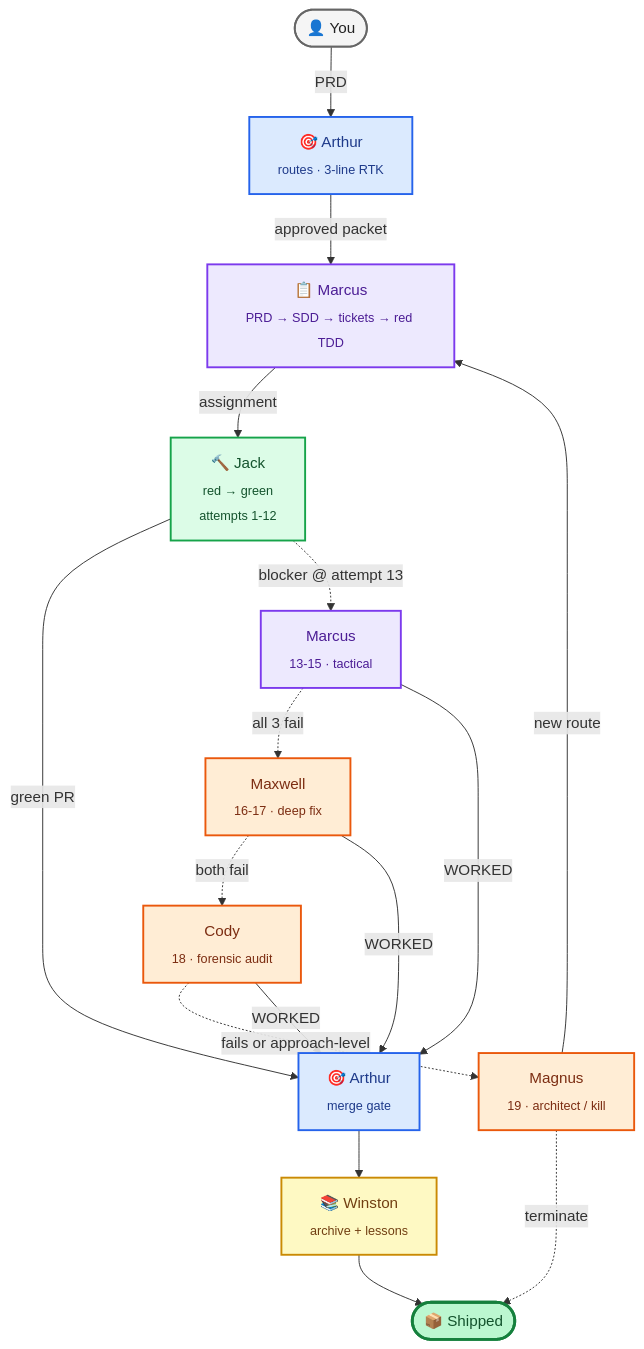
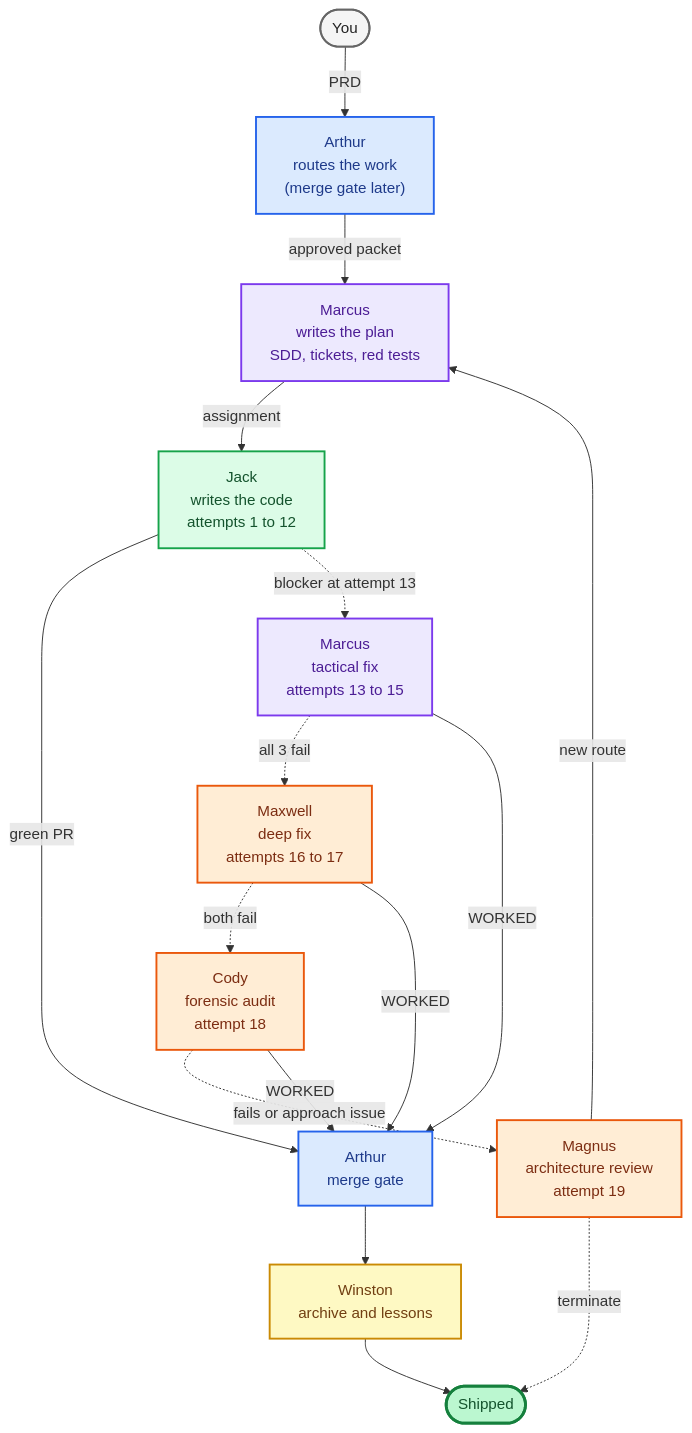
One commit to 5percentdrops/pantheon-mini changed the diagram in README.md. Above: the diagram before and after it, drawn with Mermaid.

Commit message:
docs: fix Mermaid node overflow — drop <sub> HTML and special characters
User: Jack box cut off. Boxes too small to fit text.

Root cause: GitHub's Mermaid renderer doesn't size boxes correctly when node
labels contain HTML `<sub>` tags or unicode arrows like `→`. The `<sub>` tag
was rendered as smaller text but the box sized to the BR-separated line lengths
without accounting for sub-line padding, so labels visibly clipped.

Fixes:
- Removed all `<sub>` tags. Use plain text + <br/> only.
- Replaced `→` with the word "to" (e.g. "attempts 1 to 12") so latin-only text
  width is predictable.
- Replaced `·` middot separators with parentheses or plain commas.
- Dropped emojis from inside node labels (kept the captions outside the diagram).
- Each node label is now 2-3 short lines of plain ASCII; box auto-sizes
  comfortably without clipping.

Colors and class assignments unchanged.

````diff
--- a/README.md
+++ b/README.md
@@ -74,46 +74,46 @@
 ```mermaid
 flowchart TD
-    You([👤 You])
-    Arthur1[🎯 Arthur<br/><sub>routes · 3-line RTK</sub>]
-    Marcus1[📋 Marcus<br/><sub>PRD → SDD → tickets → red TDD</sub>]
-    Jack[🔨 Jack<br/><sub>red → green<br/>attempts 1-12</sub>]
-    Marcus2[Marcus<br/><sub>13-15 · tactical</sub>]
-    Maxwell[Maxwell<br/><sub>16-17 · deep fix</sub>]
-    Cody[Cody<br/><sub>18 · forensic audit</sub>]
-    Magnus[Magnus<br/><sub>19 · architect / kill</sub>]
-    Arthur2[🎯 Arthur<br/><sub>merge gate</sub>]
-    Winston[📚 Winston<br/><sub>archive + lessons</sub>]
-    Done([📦 Shipped])
+    You(["You"])
+    Arthur1["Arthur<br/>routes the work<br/>(merge gate later)"]
+    Marcus1["Marcus<br/>writes the plan<br/>SDD, tickets, red tests"]
+    Jack["Jack<br/>writes the code<br/>attempts 1 to 12"]
+    Marcus2["Marcus<br/>tactical fix<br/>attempts 13 to 15"]
+    Maxwell["Maxwell<br/>deep fix<br/>attempts 16 to 17"]
+    Cody["Cody<br/>forensic audit<br/>attempt 18"]
+    Magnus["Magnus<br/>architecture review<br/>attempt 19"]
+    Arthur2["Arthur<br/>merge gate"]
+    Winston["Winston<br/>archive and lessons"]
+    Done(["Shipped"])
 
     You      -- PRD --> Arthur1
     Arthur1  -- approved packet --> Marcus1
     Marcus1  -- assignment --> Jack
     Jack     -- green PR --> Arthur2
-    Jack     -. blocker @ attempt 13 .-> Marcus2
+    Jack     -. blocker at attempt 13 .-> Marcus2
     Marcus2  -. all 3 fail .-> Maxwell
     Maxwell  -. both fail .-> Cody
-    Cody     -. fails or approach-level .-> Magnus
+    Cody     -. fails or approach issue .-> Magnus
     Marcus2  -- WORKED --> Arthur2
     Maxwell  -- WORKED --> Arthur2
     Cody     -- WORKED --> Arthur2
     Magnus   -- new route --> Marcus1
     Magnus   -. terminate .-> Done
     Arthur2  --> Winston
     Winston  --> Done
 
     classDef user      fill:#f5f5f5,stroke:#666,stroke-width:2px,color:#222
     classDef arthur    fill:#dbeafe,stroke:#2563eb,stroke-width:2px,color:#1e3a8a
     classDef marcus    fill:#ede9fe,stroke:#7c3aed,stroke-width:2px,color:#4c1d95
     classDef jack      fill:#dcfce7,stroke:#16a34a,stroke-width:2px,color:#14532d
     classDef esc       fill:#ffedd5,stroke:#ea580c,stroke-width:2px,color:#7c2d12
     classDef winston   fill:#fef9c3,stroke:#ca8a04,stroke-width:2px,color:#713f12
     classDef done      fill:#bbf7d0,stroke:#15803d,stroke-width:3px,color:#14532d
 
     class You user
     class Arthur1,Arthur2 arthur
     class Marcus1,Marcus2 marcus
     class Jack jack
     class Maxwell,Cody,Magnus esc
     class Winston winston
     class Done done
 ```
````
